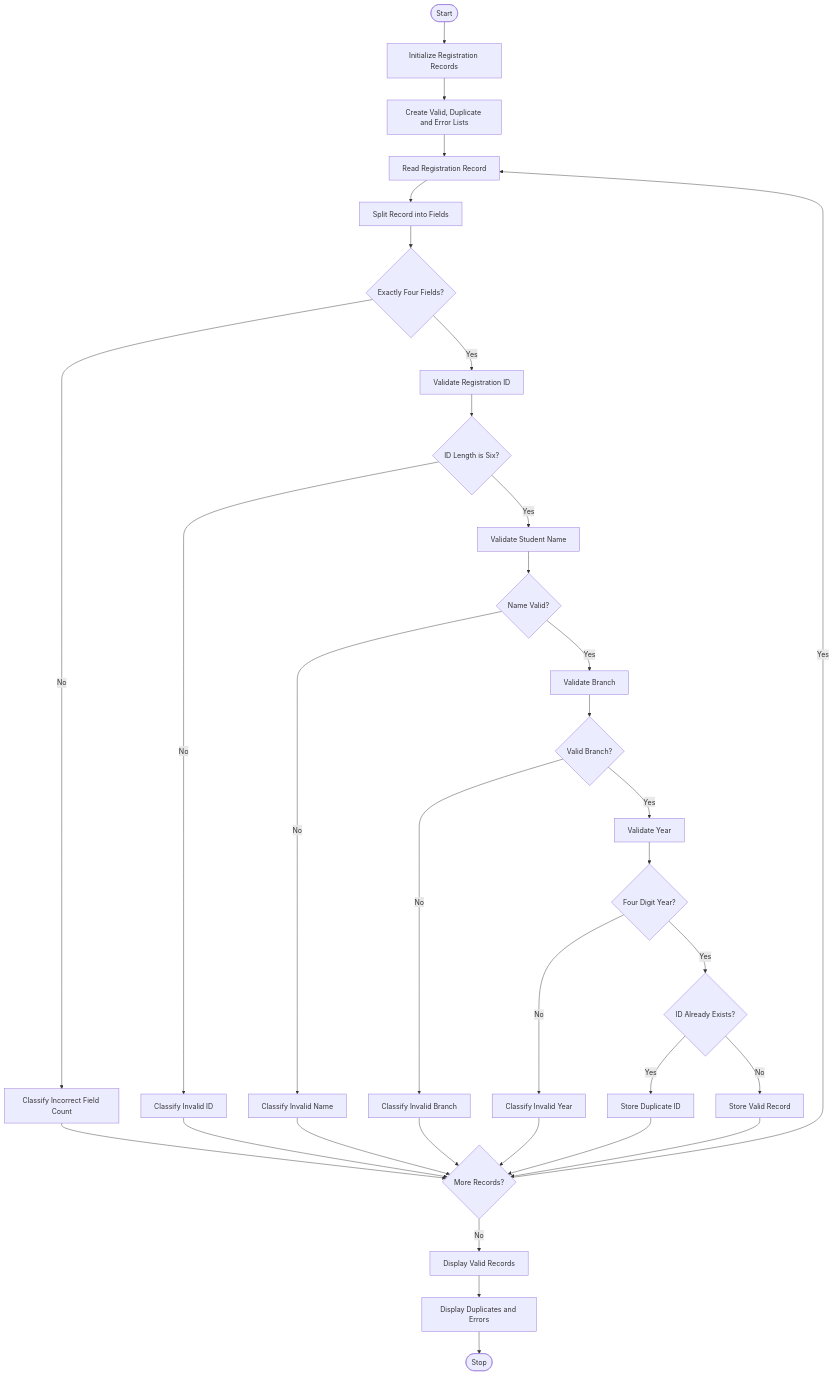
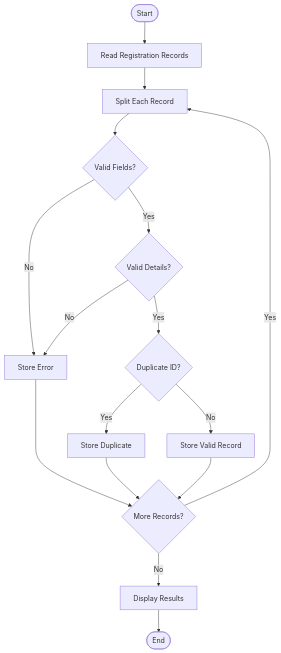
The diagram in Task1/Code.md (Maggi0906/Python-Activity-Based-Learning), drawn with Mermaid before and after one commit.

Commit message:
Revise flowchart for registration record validation
Updated flowchart to streamline registration record processing.

````diff
--- a/Task1/Code.md
+++ b/Task1/Code.md
@@ -25,35 +25,19 @@
 ```mermaid
 flowchart TD
-    A([Start]) --> B[Initialize Registration Records]
-    B --> C[Create Valid, Duplicate and Error Lists]
-    C --> D[Read Registration Record]
-    D --> E[Split Record into Fields]
-    E --> F{Exactly Four Fields?}
-    F -- No --> G[Classify Incorrect Field Count]
-    F -- Yes --> H[Validate Registration ID]
-    H --> I{ID Length is Six?}
-    I -- No --> J[Classify Invalid ID]
-    I -- Yes --> K[Validate Student Name]
-    K --> L{Name Valid?}
-    L -- No --> M[Classify Invalid Name]
-    L -- Yes --> N[Validate Branch]
-    N --> O{Valid Branch?}
-    O -- No --> P[Classify Invalid Branch]
-    O -- Yes --> Q[Validate Year]
-    Q --> R{Four Digit Year?}
-    R -- No --> S[Classify Invalid Year]
-    R -- Yes --> T{ID Already Exists?}
-    T -- Yes --> U[Store Duplicate ID]
-    T -- No --> V[Store Valid Record]
-    G --> W{More Records?}
-    J --> W
-    M --> W
-    P --> W
-    S --> W
-    U --> W
-    V --> W
-    W -- Yes --> D
-    W -- No --> X[Display Valid Records]
-    X --> Y[Display Duplicates and Errors]
-    Y --> Z([Stop])
+    A([Start]) --> B[Read Registration Records]
+    B --> C[Split Each Record]
+    C --> D{Valid Fields?}
+    D -- No --> E[Store Error]
+    D -- Yes --> F{Valid Details?}
+    F -- No --> E
+    F -- Yes --> G{Duplicate ID?}
+    G -- Yes --> H[Store Duplicate]
+    G -- No --> I[Store Valid Record]
+    E --> J{More Records?}
+    H --> J
+    I --> J
+    J -- Yes --> C
+    J -- No --> K[Display Results]
+    K --> L([End])
+   
 ```
````
